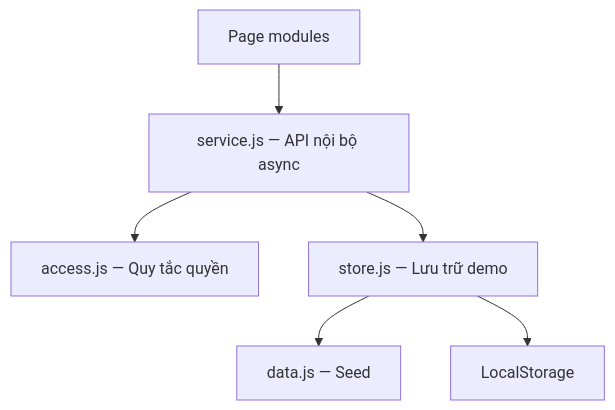
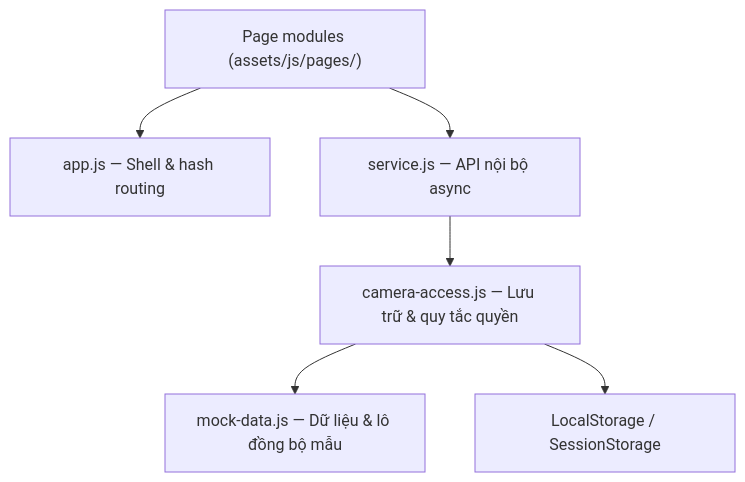
Before and after one commit to CaoXuanThanh/School-Camera-Access: the diagram in README.md, drawn with Mermaid. The commit also changed other lines of this file and 17 other files, not shown here.

Commit message:
[Core] Setup foundation, docs, AI rules, CSS tokens and shared media

````diff
--- a/README.md
+++ b/README.md
@@ -59,8 +32,8 @@
 ```mermaid
 flowchart TD
-    UI["Page modules"] --> API["service.js — API nội bộ async"]
-    API --> RULES["access.js — Quy tắc quyền"]
-    API --> STORE["store.js — Lưu trữ demo"]
-    STORE --> SEED["data.js — Seed"]
-    STORE --> LS["LocalStorage"]
+    UI["Page modules (assets/js/pages/)"] --> APP["app.js — Shell & hash routing"]
+    UI --> API["service.js — API nội bộ async"]
+    API --> CORE["camera-access.js — Lưu trữ & quy tắc quyền"]
+    CORE --> SEED["mock-data.js — Dữ liệu & lô đồng bộ mẫu"]
+    CORE --> LS["LocalStorage / SessionStorage"]
 ```
````
